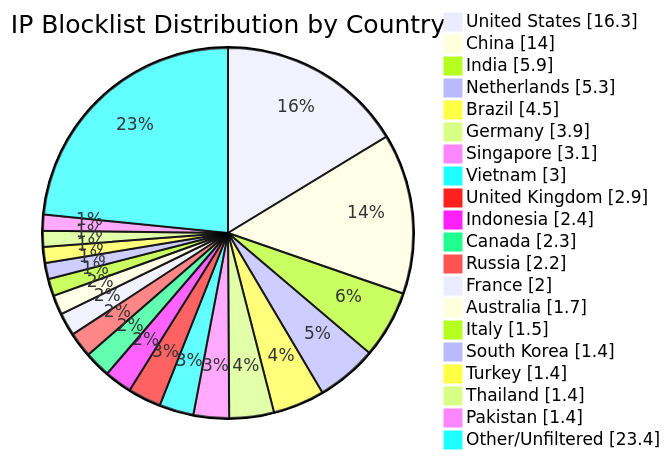
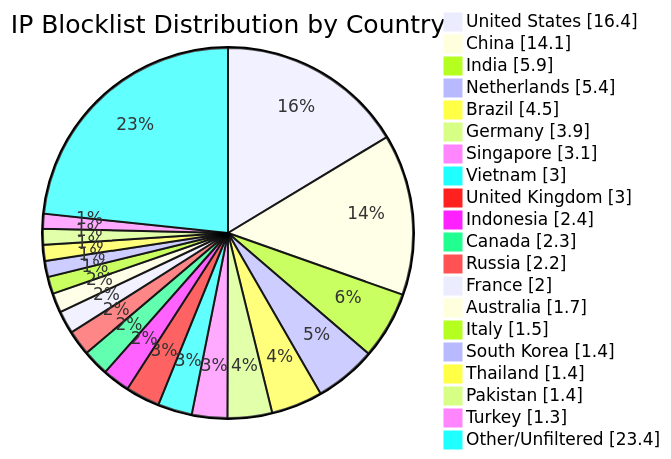
One commit to dewdmadbro/ip-blocklist-dewd changed the diagram in README.md. Above: the diagram before and after it, drawn with Mermaid. The commit also changed other lines of this file and 53 other files, not shown here.

````diff
--- a/README.md
+++ b/README.md
@@ -34,23 +34,23 @@
 ```mermaid
 pie showData title IP Blocklist Distribution by Country
-"United States" : 16.3
-"China" : 14.0
+"United States" : 16.4
+"China" : 14.1
 "India" : 5.9
-"Netherlands" : 5.3
+"Netherlands" : 5.4
 "Brazil" : 4.5
 "Germany" : 3.9
 "Singapore" : 3.1
 "Vietnam" : 3.0
-"United Kingdom" : 2.9
+"United Kingdom" : 3.0
 "Indonesia" : 2.4
 "Canada" : 2.3
 "Russia" : 2.2
 "France" : 2.0
 "Australia" : 1.7
 "Italy" : 1.5
 "South Korea" : 1.4
-"Turkey" : 1.4
 "Thailand" : 1.4
 "Pakistan" : 1.4
+"Turkey" : 1.3
 "Other/Unfiltered" : 23.4
 ```
````
